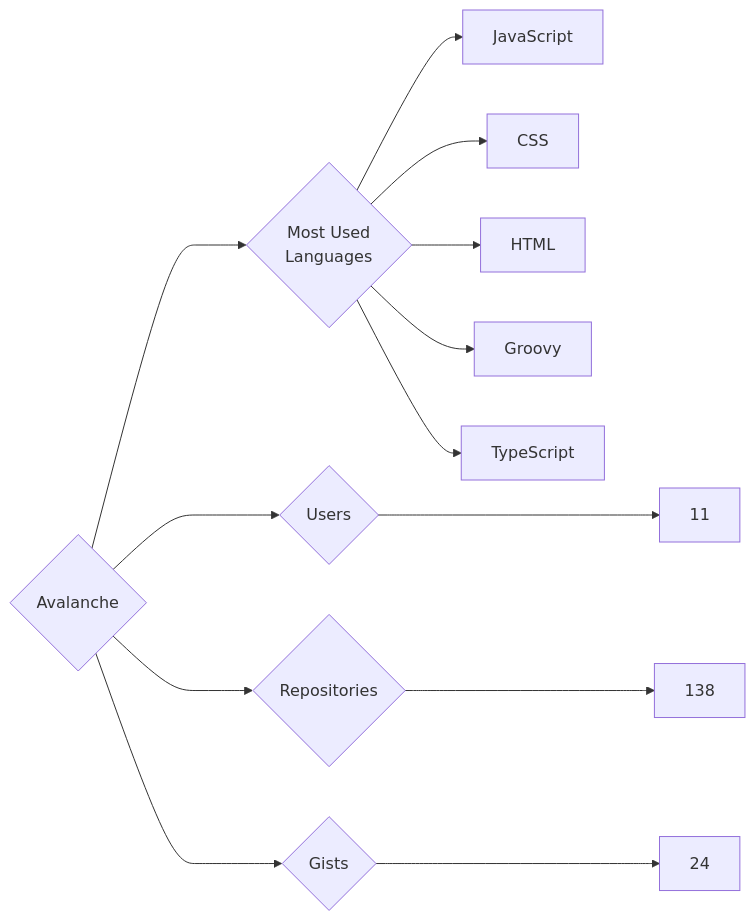
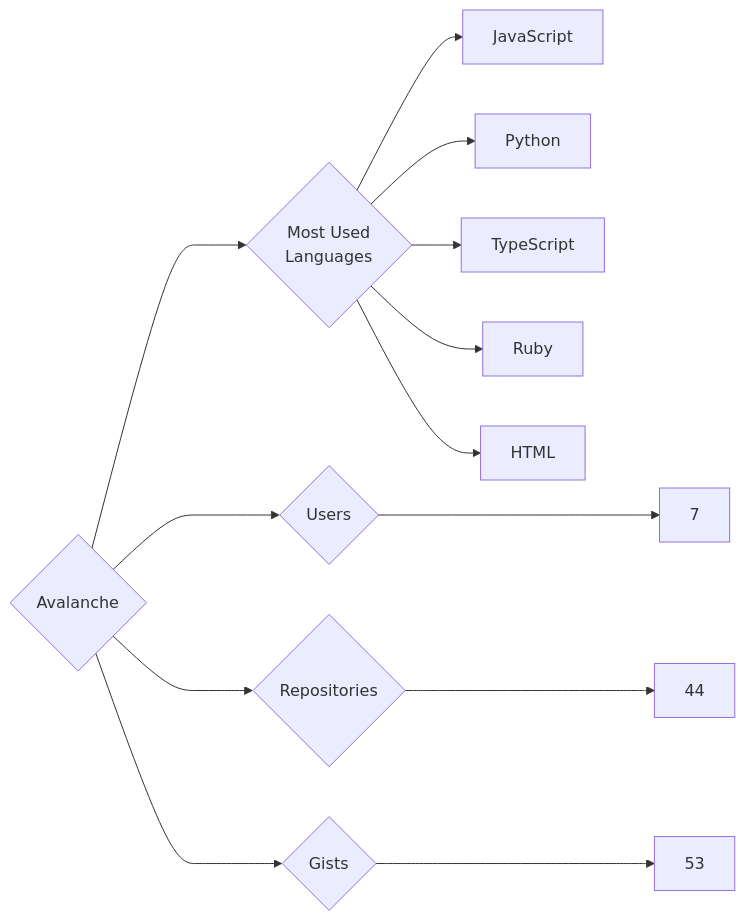
One commit to trickest/insiders changed the diagram in targets/Avalanche/README.md. Above: the diagram before and after it, drawn with Mermaid. The commit also changed 993 other files, not shown here.

````diff
--- a/targets/Avalanche/README.md
+++ b/targets/Avalanche/README.md
@@ -3,13 +3,13 @@
 ```mermaid
 graph LR
 COMPANY_NAME{Avalanche}
-COMPANY_NAME ---> U{Users} ---> UN[11]
-COMPANY_NAME ---> R{Repositories} ---> RN[138]
-COMPANY_NAME ---> G{Gists} ---> GN[24]
+COMPANY_NAME ---> U{Users} ---> UN[7]
+COMPANY_NAME ---> R{Repositories} ---> RN[44]
+COMPANY_NAME ---> G{Gists} ---> GN[53]
 COMPANY_NAME ---> ML{Most Used<br>Languages}
 ML --> JavaScript[JavaScript]
-ML --> CSS[CSS]
+ML --> Python[Python]
+ML --> TypeScript[TypeScript]
+ML --> Ruby[Ruby]
 ML --> HTML[HTML]
-ML --> Groovy[Groovy]
-ML --> TypeScript[TypeScript]
 ```
````
